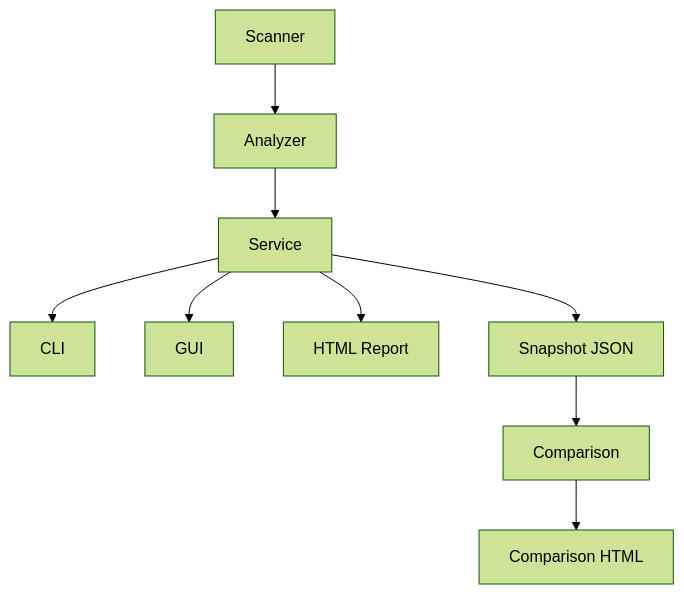
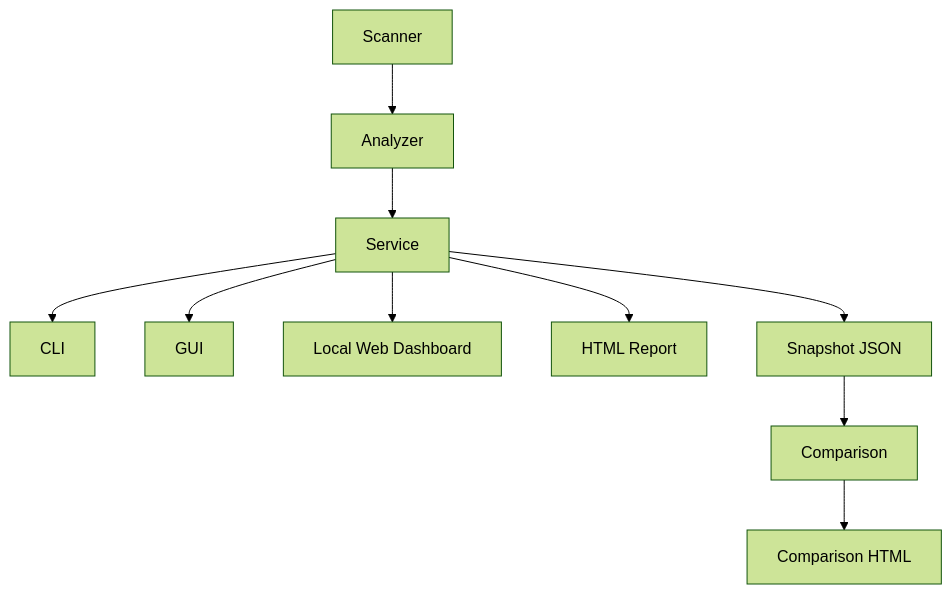
One commit to yangx1029-source/disk-space-visualizer changed the diagram in README.md. Above: the diagram before and after it, drawn with Mermaid (forest theme). The commit also changed other lines of this file and 44 other files, not shown here.

Commit message:
feat: ship enterprise local dashboard v0.9.0

````diff
--- a/README.md
+++ b/README.md
@@ -214,11 +252,12 @@
 ```mermaid
 flowchart TD
     Scanner[Scanner] --> Analyzer[Analyzer]
     Analyzer --> Service[Service]
     Service --> CLI[CLI]
     Service --> GUI[GUI]
+    Service --> Web[Local Web Dashboard]
     Service --> Report[HTML Report]
     Service --> Snapshot[Snapshot JSON]
     Snapshot --> Compare[Comparison]
     Compare --> CompareReport[Comparison HTML]
 ```
````
